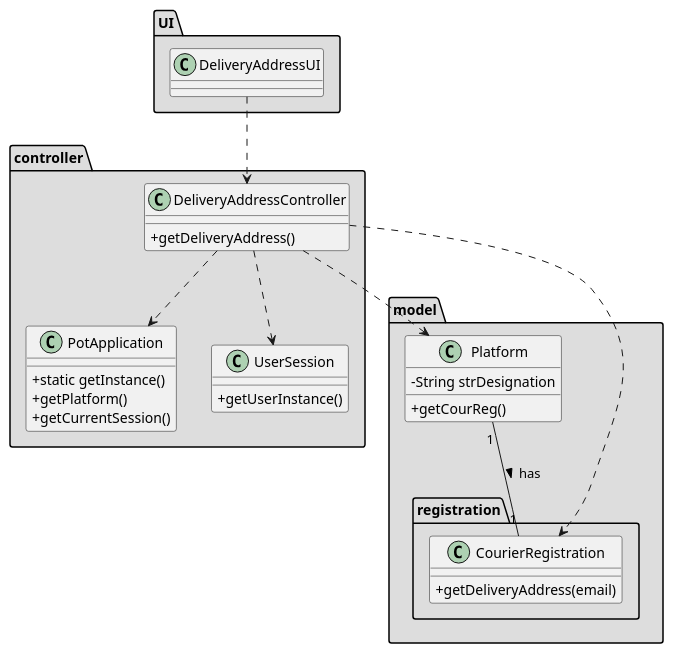
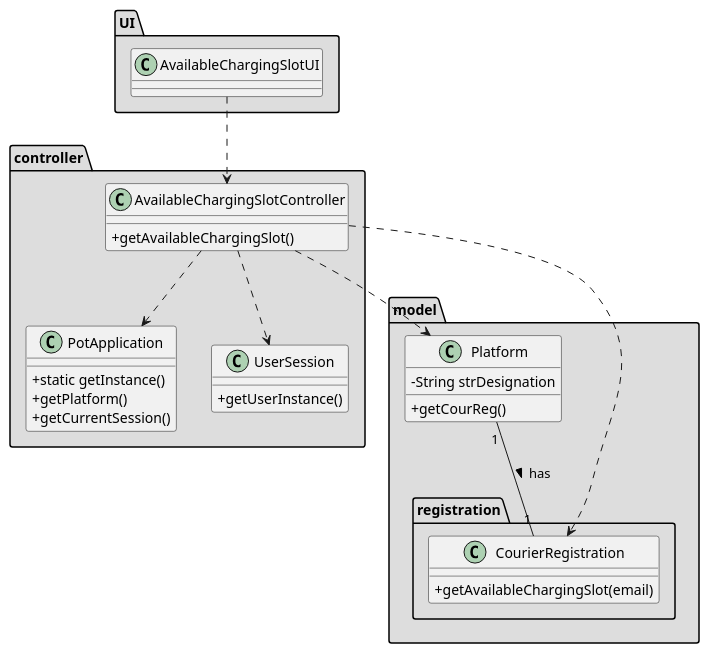
The diagram in docs/Iteration 1/Delivery Management/US77_AvailableChargingSlot/US77_CD.puml (tiagoavcosta25/LAPR3), drawn with PlantUML before and after one commit. The commit also changed 1 other file, not shown here.

```diff
--- a/docs/Iteration 1/Delivery Management/US77_AvailableChargingSlot/US77_CD.puml
+++ b/docs/Iteration 1/Delivery Management/US77_AvailableChargingSlot/US77_CD.puml
@@ -1,54 +1,54 @@
 @startuml
 skinparam classAttributeIconSize 0
 
 
 package "UI" #DDDDDD{
-class DeliveryAddressUI {
+class AvailableChargingSlotUI {
     
 }
 }
 package "controller" #DDDDDD{
-class DeliveryAddressController {
+class AvailableChargingSlotController {
     
-  +getDeliveryAddress()
+  +getAvailableChargingSlot()
 }
 class PotApplication
 {
   +static getInstance()
   +getPlatform()
   +getCurrentSession()
 }
 
 class UserSession
 {
   +getUserInstance()
 }
 }
 package "model" #DDDDDD{
 class Platform {
   -String strDesignation
   +getCourReg()
 }
 
 package "registration" #DDDDDD{
 class CourierRegistration {
 
-  +getDeliveryAddress(email)
+  +getAvailableChargingSlot(email)
 
 }
 }
 }
 
 
 Platform "1" -- "1" CourierRegistration: has >
 
 
-DeliveryAddressUI ..> DeliveryAddressController
+AvailableChargingSlotUI ..> AvailableChargingSlotController
 
-DeliveryAddressController ..> Platform
-DeliveryAddressController ..> CourierRegistration
-DeliveryAddressController ..> PotApplication
-DeliveryAddressController ..> UserSession
+AvailableChargingSlotController ..> Platform
+AvailableChargingSlotController ..> CourierRegistration
+AvailableChargingSlotController ..> PotApplication
+AvailableChargingSlotController ..> UserSession
 
 
 @enduml
```
